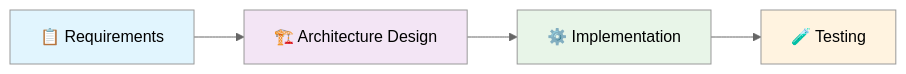
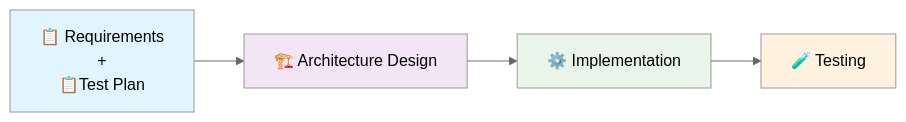
The first of 2 diagrams in README.md (rodcar/smartdoc), drawn with Mermaid (neutral theme) before and after one commit. The commit also changed other lines of this file, not shown here.

Commit message:
updates requirements and test plan

````diff
--- a/README.md
+++ b/README.md
@@ -43,11 +43,13 @@
 ```mermaid
 graph LR
-    A[📋 Requirements] --> B[🏗️ Architecture Design]
+    A[📋 Requirements
+    +
+    📋Test Plan] --> B[🏗️ Architecture Design]
     B --> C[⚙️ Implementation]
     C --> D[🧪 Testing]
     
     style A fill:#e1f5fe
     style B fill:#f3e5f5
     style C fill:#e8f5e8
     style D fill:#fff3e0
 ```
````
